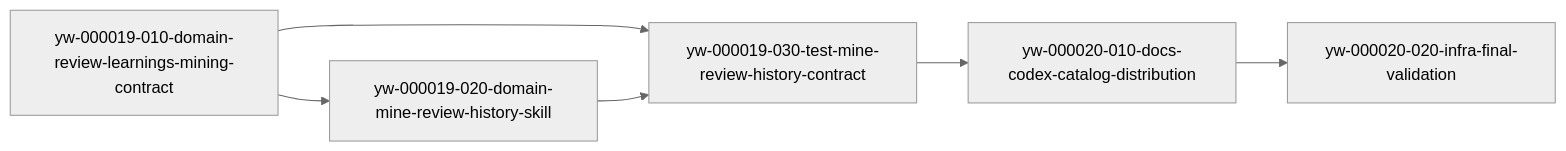
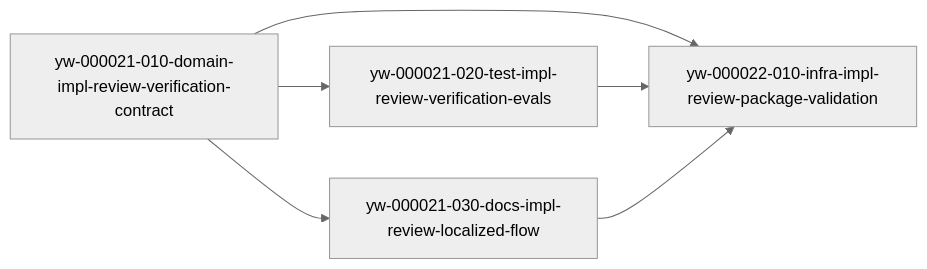
The first of 27 diagrams in tasks/dependency-graph.md (yongwoon/ywc-agent-toolkit), drawn with Mermaid (neutral theme) before and after one commit. The commit also changed other lines of this file and 10 other files, not shown here.

Commit message:
docs: add impl review verification task plan

````diff
--- a/tasks/dependency-graph.md
+++ b/tasks/dependency-graph.md
@@ -20,8 +18,8 @@
 ```mermaid
 graph LR
-  A[yw-000019-010-domain-review-learnings-mining-contract] --> B[yw-000019-020-domain-mine-review-history-skill]
-  A --> C[yw-000019-030-test-mine-review-history-contract]
-  B --> C
-  C --> D[yw-000020-010-docs-codex-catalog-distribution]
-  D --> E[yw-000020-020-infra-final-validation]
+  A[yw-000021-010-domain-impl-review-verification-contract] --> B[yw-000021-020-test-impl-review-verification-evals]
+  A --> C[yw-000021-030-docs-impl-review-localized-flow]
+  A --> D[yw-000022-010-infra-impl-review-package-validation]
+  B --> D
+  C --> D
 ```
````
